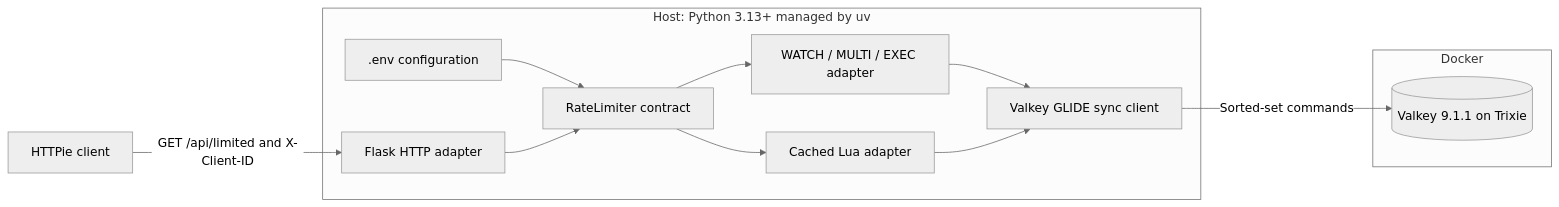
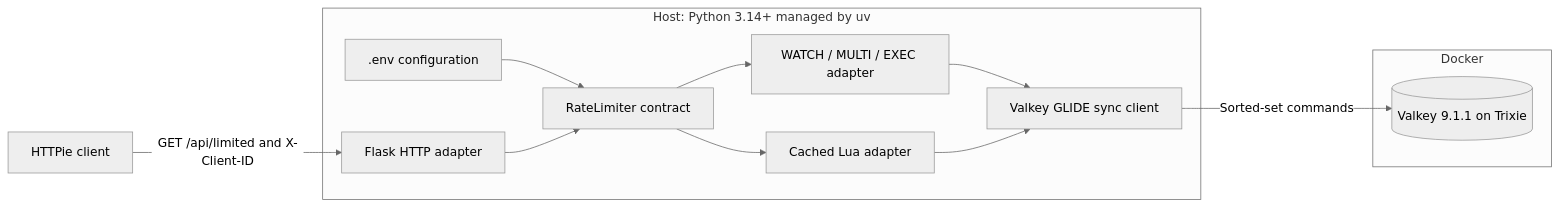
Before and after one commit to rlunar/valkey-examples: the first of 2 diagrams in examples/rate-limiter/sliding-window-python-flask/README.md, drawn with Mermaid (neutral theme). The commit also changed 21 other files, not shown here.

````diff
--- a/examples/rate-limiter/sliding-window-python-flask/README.md
+++ b/examples/rate-limiter/sliding-window-python-flask/README.md
@@ -50,27 +50,27 @@
 ```mermaid
 flowchart LR
     caller["HTTPie client"]
 
-    subgraph host["Host: Python 3.13+ managed by uv"]
+    subgraph host["Host: Python 3.14+ managed by uv"]
         flask["Flask HTTP adapter"]
         config[".env configuration"]
         contract["RateLimiter contract"]
         transaction["WATCH / MULTI / EXEC adapter"]
         lua["Cached Lua adapter"]
         glide["Valkey GLIDE sync client"]
 
         config --> contract
         flask --> contract
         contract --> transaction
         contract --> lua
         transaction --> glide
         lua --> glide
     end
 
     subgraph docker["Docker"]
         valkey[("Valkey 9.1.1 on Trixie")]
     end
 
     caller -->|"GET /api/limited and X-Client-ID"| flask
     glide -->|"Sorted-set commands"| valkey
 ```
````
